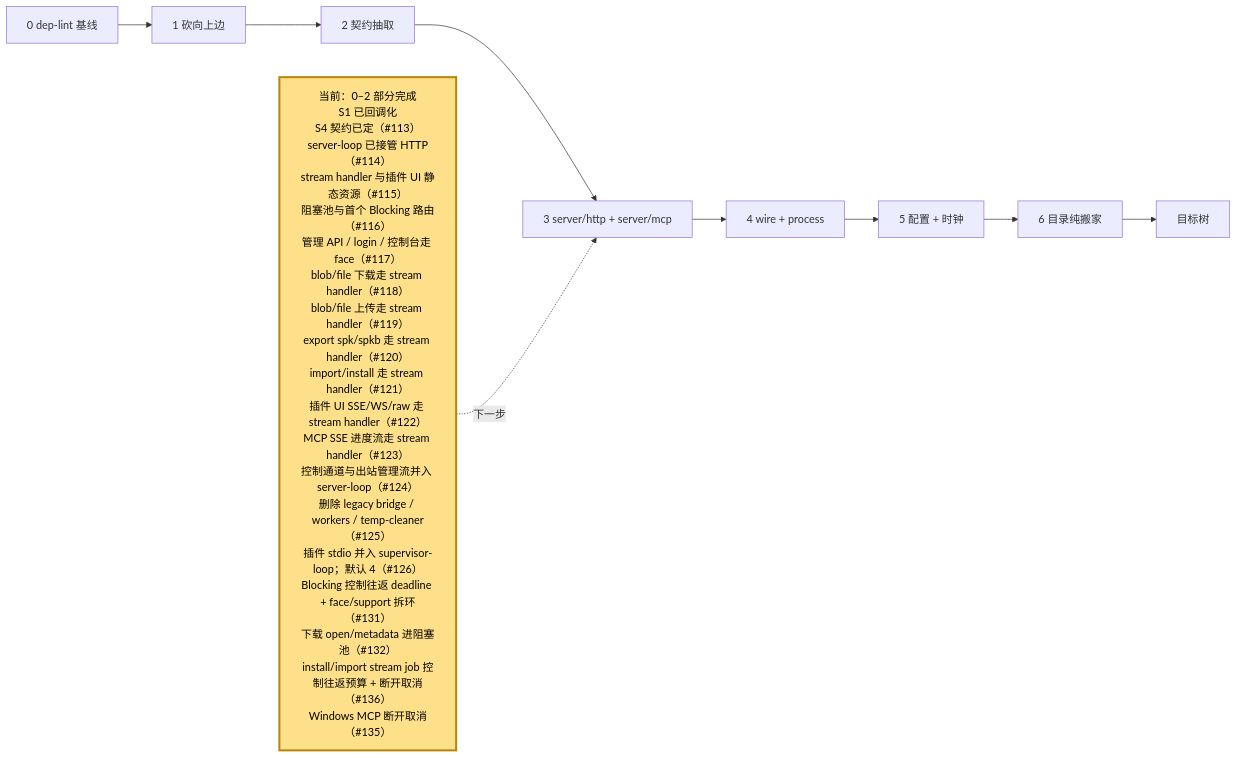
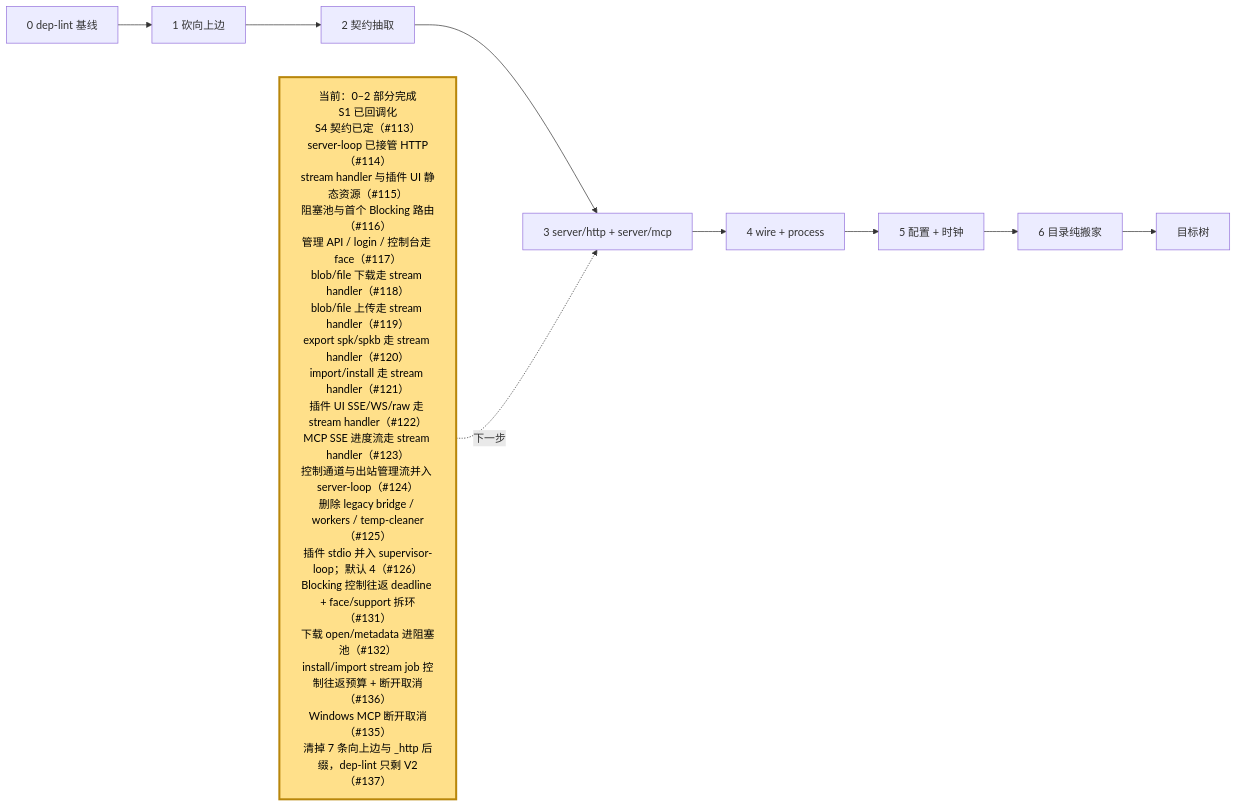
The fifth of 5 diagrams in docs/architecture.md (webxxxxx/plugin-manager), drawn with Mermaid before and after one commit. The commit also changed 31 other files, not shown here.

First line of the commit message:
refactor(lint): 清掉 dep-lint 的向上边与 _http 后缀（#137）

````diff
--- a/docs/architecture.md
+++ b/docs/architecture.md
@@ -379,15 +379,15 @@
 ```mermaid
 flowchart LR
     S0["0 dep-lint 基线"] --> S1["1 砍向上边"]
     S1 --> S2["2 契约抽取"]
     S2 --> S3["3 server/http + server/mcp"]
     S3 --> S4["4 wire + process"]
     S4 --> S5["5 配置 + 时钟"]
     S5 --> S6["6 目录纯搬家"]
     S6 --> DONE["目标树"]
 
-    NOW["当前：0–2 部分完成<br/>S1 已回调化<br/>S4 契约已定（#113）<br/>server-loop 已接管 HTTP（#114）<br/>stream handler 与插件 UI 静态资源（#115）<br/>阻塞池与首个 Blocking 路由（#116）<br/>管理 API / login / 控制台走 face（#117）<br/>blob/file 下载走 stream handler（#118）<br/>blob/file 上传走 stream handler（#119）<br/>export spk/spkb 走 stream handler（#120）<br/>import/install 走 stream handler（#121）<br/>插件 UI SSE/WS/raw 走 stream handler（#122）<br/>MCP SSE 进度流走 stream handler（#123）<br/>控制通道与出站管理流并入 server-loop（#124）<br/>删除 legacy bridge / workers / temp-cleaner（#125）<br/>插件 stdio 并入 supervisor-loop；默认 4（#126）<br/>Blocking 控制往返 deadline + face/support 拆环（#131）<br/>下载 open/metadata 进阻塞池（#132）<br/>install/import stream job 控制往返预算 + 断开取消（#136）<br/>Windows MCP 断开取消（#135）"]:::current
+    NOW["当前：0–2 部分完成<br/>S1 已回调化<br/>S4 契约已定（#113）<br/>server-loop 已接管 HTTP（#114）<br/>stream handler 与插件 UI 静态资源（#115）<br/>阻塞池与首个 Blocking 路由（#116）<br/>管理 API / login / 控制台走 face（#117）<br/>blob/file 下载走 stream handler（#118）<br/>blob/file 上传走 stream handler（#119）<br/>export spk/spkb 走 stream handler（#120）<br/>import/install 走 stream handler（#121）<br/>插件 UI SSE/WS/raw 走 stream handler（#122）<br/>MCP SSE 进度流走 stream handler（#123）<br/>控制通道与出站管理流并入 server-loop（#124）<br/>删除 legacy bridge / workers / temp-cleaner（#125）<br/>插件 stdio 并入 supervisor-loop；默认 4（#126）<br/>Blocking 控制往返 deadline + face/support 拆环（#131）<br/>下载 open/metadata 进阻塞池（#132）<br/>install/import stream job 控制往返预算 + 断开取消（#136）<br/>Windows MCP 断开取消（#135）<br/>清掉 7 条向上边与 _http 后缀，dep-lint 只剩 V2（#137）"]:::current
     NOW -.->|下一步| S3
 
     classDef current fill:#ffe08a,stroke:#b8860b,stroke-width:3px,color:#000
 ```
````
